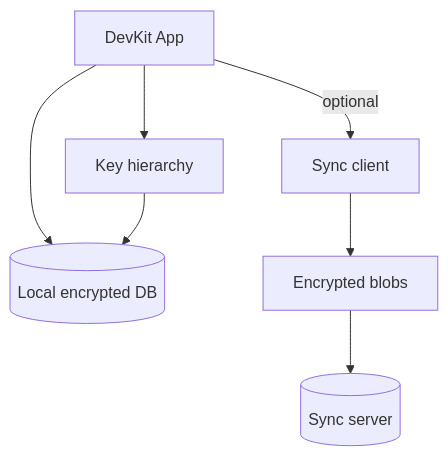
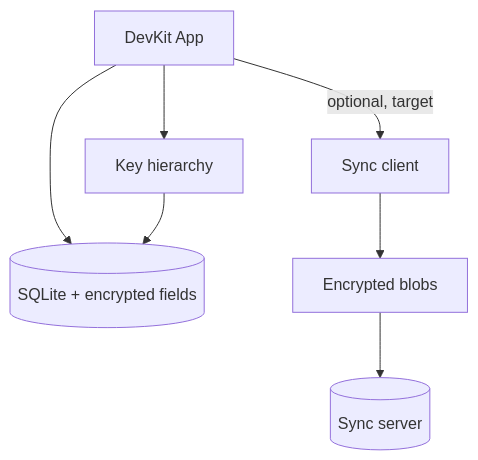
The diagram in content/projects/dev-kit/data-sync.mdx (syurodev/base), drawn with Mermaid before and after one commit. The commit also changed other lines of this file and 9 other files, not shown here.

Commit message:
docs: align DevKit knowledge pages with architecture scope

````diff
--- a/content/projects/dev-kit/data-sync.mdx
+++ b/content/projects/dev-kit/data-sync.mdx
@@ -10,9 +10,9 @@
 ```mermaid
 flowchart TD
-  APP[DevKit App] --> LOCAL[(Local encrypted DB)]
+  APP[DevKit App] --> LOCAL[(SQLite + encrypted fields)]
   APP --> KEYS[Key hierarchy]
   KEYS --> LOCAL
-  APP -->|optional| CLIENT[Sync client]
+  APP -->|optional, target| CLIENT[Sync client]
   CLIENT --> BLOB[Encrypted blobs]
   BLOB --> SERVER[(Sync server)]
 ```
````
